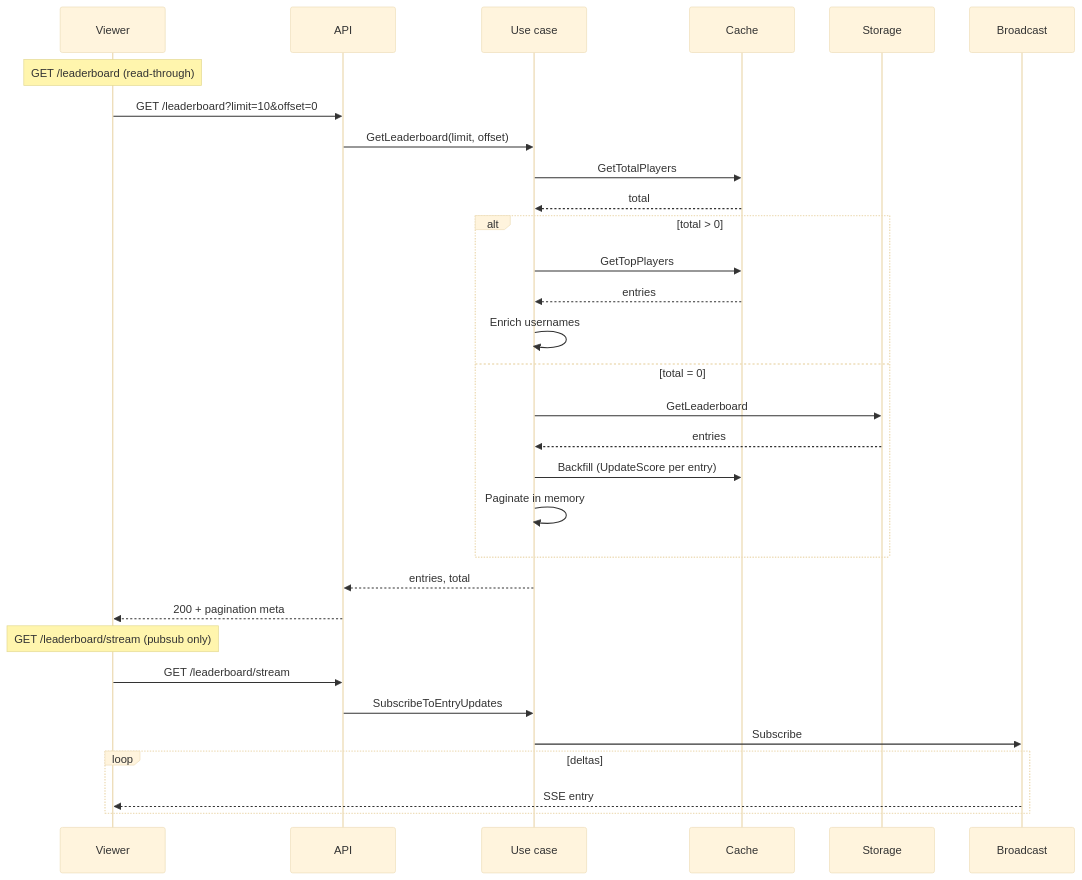
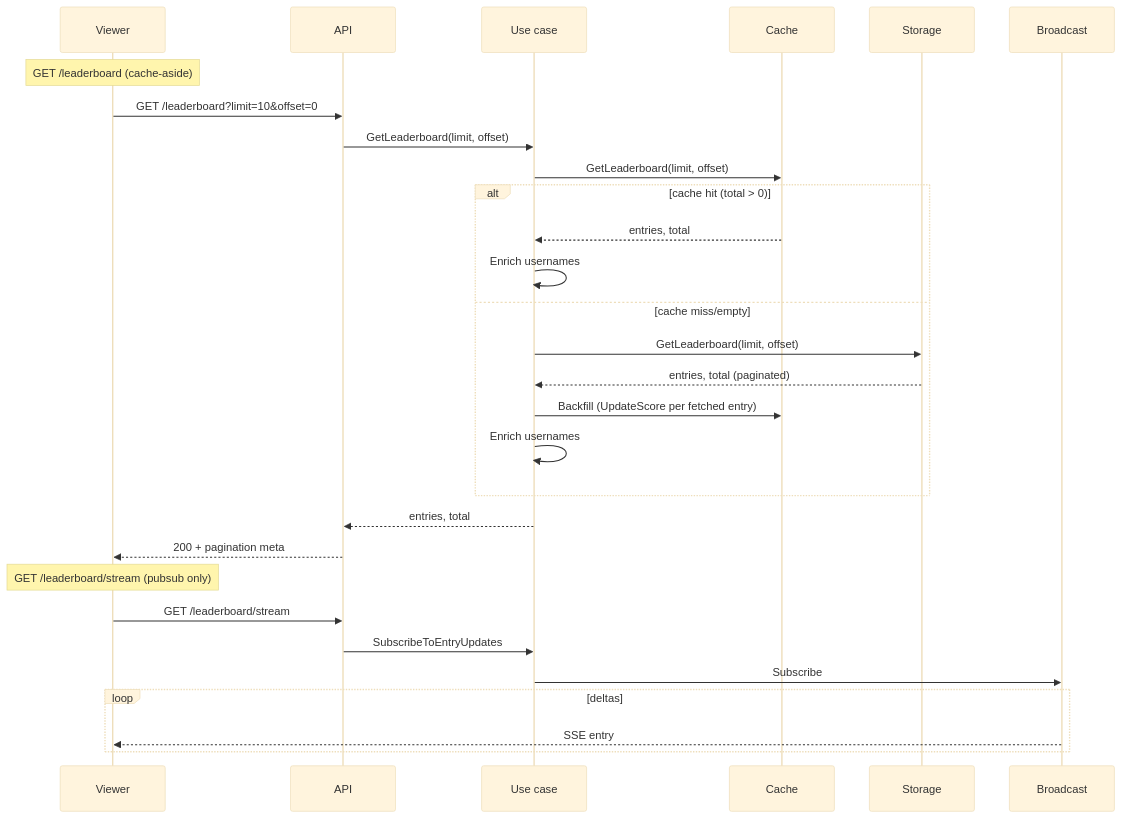
The fourth of 4 diagrams in docs/modules.md (nhatnam1507/real-time-leaderboard), drawn with Mermaid (base theme) before and after one commit. The commit also changed other lines of this file and 1 other file, not shown here.

````diff
--- a/docs/modules.md
+++ b/docs/modules.md
@@ -158,35 +162,33 @@
 ```mermaid
 sequenceDiagram
     participant Viewer
     participant API
     participant UC as Use case
     participant Cache
     participant Storage
     participant Broadcast
     
-    Note over Viewer: GET /leaderboard (read-through)
+    Note over Viewer: GET /leaderboard (cache-aside)
     Viewer->>API: GET /leaderboard?limit=10&offset=0
     API->>UC: GetLeaderboard(limit, offset)
-    UC->>Cache: GetTotalPlayers
-    Cache-->>UC: total
-    alt total > 0
-        UC->>Cache: GetTopPlayers
-        Cache-->>UC: entries
+    UC->>Cache: GetLeaderboard(limit, offset)
+    alt cache hit (total > 0)
+        Cache-->>UC: entries, total
         UC->>UC: Enrich usernames
-    else total = 0
-        UC->>Storage: GetLeaderboard
-        Storage-->>UC: entries
-        UC->>Cache: Backfill (UpdateScore per entry)
-        UC->>UC: Paginate in memory
+    else cache miss/empty
+        UC->>Storage: GetLeaderboard(limit, offset)
+        Storage-->>UC: entries, total (paginated)
+        UC->>Cache: Backfill (UpdateScore per fetched entry)
+        UC->>UC: Enrich usernames
     end
     UC-->>API: entries, total
     API-->>Viewer: 200 + pagination meta
     
     Note over Viewer: GET /leaderboard/stream (pubsub only)
     Viewer->>API: GET /leaderboard/stream
     API->>UC: SubscribeToEntryUpdates
     UC->>Broadcast: Subscribe
     loop deltas
         Broadcast-->>Viewer: SSE entry
     end
 ```
````
